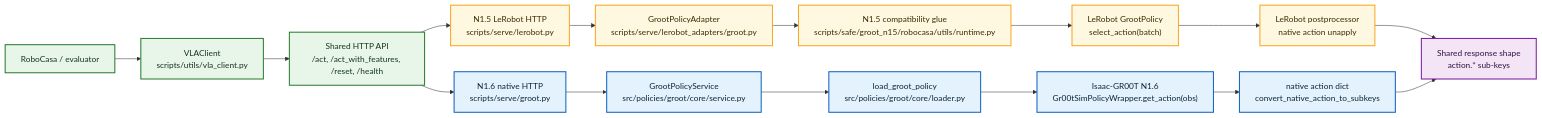
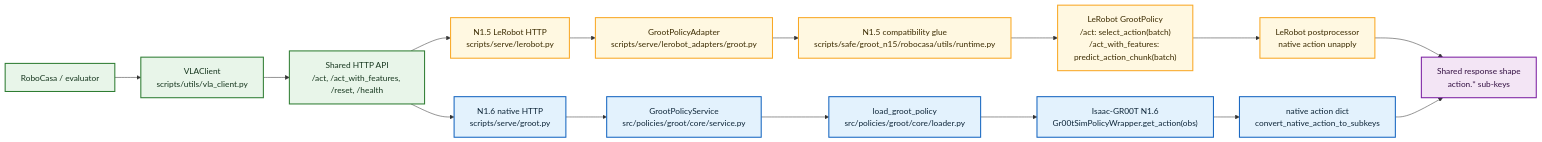
Before and after one commit to hanyangtae/temporal_vla: the diagram in docs/groot/00_groot_flow_map.md, drawn with Mermaid. The commit also changed other lines of this file and 24 other files, not shown here.

````diff
--- a/docs/groot/00_groot_flow_map.md
+++ b/docs/groot/00_groot_flow_map.md
@@ -94,28 +95,28 @@
 ```mermaid
 flowchart LR
     classDef shared fill:#e8f5e9,stroke:#2e7d32,stroke-width:2px,color:#15351d;
     classDef n15 fill:#fff8e1,stroke:#f9a825,stroke-width:2px,color:#3b2b00;
     classDef n16 fill:#e3f2fd,stroke:#1565c0,stroke-width:2px,color:#0d2538;
     classDef out fill:#f3e5f5,stroke:#7b1fa2,stroke-width:2px,color:#331042;
 
     Env["RoboCasa / evaluator"]:::shared
     Client["VLAClient<br/>scripts/utils/vla_client.py"]:::shared
     API["Shared HTTP API<br/>/act, /act_with_features, /reset, /health"]:::shared
     Out["Shared response shape<br/>action.* sub-keys"]:::out
 
     Env --> Client --> API
 
     API --> N15Serve["N1.5 LeRobot HTTP<br/>scripts/serve/lerobot.py"]:::n15
     N15Serve --> N15Adapter["GrootPolicyAdapter<br/>scripts/serve/lerobot_adapters/groot.py"]:::n15
     N15Adapter --> N15Runtime["N1.5 compatibility glue<br/>scripts/safe/groot_n15/robocasa/utils/runtime.py"]:::n15
-    N15Runtime --> N15Model["LeRobot GrootPolicy<br/>select_action(batch)"]:::n15
+    N15Runtime --> N15Model["LeRobot GrootPolicy<br/>/act: select_action(batch)<br/>/act_with_features: predict_action_chunk(batch)"]:::n15
     N15Model --> N15Post["LeRobot postprocessor<br/>native action unapply"]:::n15
     N15Post --> Out
 
     API --> N16Serve["N1.6 native HTTP<br/>scripts/serve/groot.py"]:::n16
     N16Serve --> N16Service["GrootPolicyService<br/>src/policies/groot/core/service.py"]:::n16
     N16Service --> N16Loader["load_groot_policy<br/>src/policies/groot/core/loader.py"]:::n16
     N16Loader --> N16Model["Isaac-GR00T N1.6<br/>Gr00tSimPolicyWrapper.get_action(obs)"]:::n16
     N16Model --> N16Post["native action dict<br/>convert_native_action_to_subkeys"]:::n16
     N16Post --> Out
 ```
````
